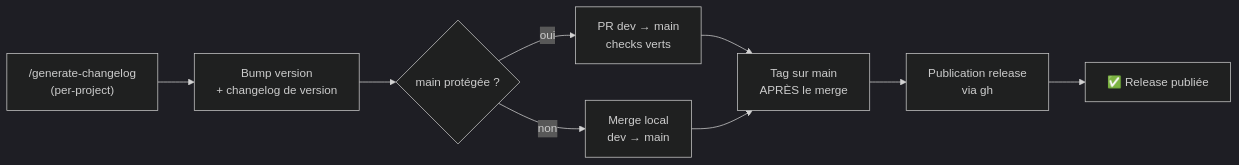
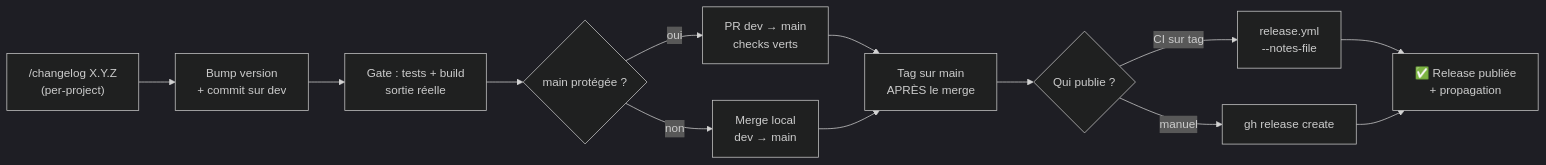
The sixth of 8 diagrams in dot_claude/WORKFLOW.md (kbrdn1/dotfiles), drawn with Mermaid (dark theme) before and after one commit. The commit also changed other lines of this file and 3 other files, not shown here.

First line of the commit message:
✨ feat(claude): ajoute le skill /me:release et retire le pointeur /generate-changelog

````diff
--- a/dot_claude/WORKFLOW.md
+++ b/dot_claude/WORKFLOW.md
@@ -175,11 +190,15 @@
 ```mermaid
 flowchart LR
-    A["/generate-changelog<br/>(per-project)"] --> B[Bump version<br/>+ changelog de version]
-    B --> C{main protégée ?}
+    A["/changelog X.Y.Z<br/>(per-project)"] --> B[Bump version<br/>+ commit sur dev]
+    B --> V[Gate : tests + build<br/>sortie réelle]
+    V --> C{main protégée ?}
     C -->|oui| D[PR dev → main<br/>checks verts]
     C -->|non| E[Merge local<br/>dev → main]
     D --> F[Tag sur main<br/>APRÈS le merge]
     E --> F
-    F --> G[Publication release<br/>via gh]
-    G --> H[✅ Release publiée]
+    F --> G{Qui publie ?}
+    G -->|CI sur tag| G1[release.yml<br/>--notes-file]
+    G -->|manuel| G2[gh release create]
+    G1 --> H[✅ Release publiée<br/>+ propagation]
+    G2 --> H
 ```
````
